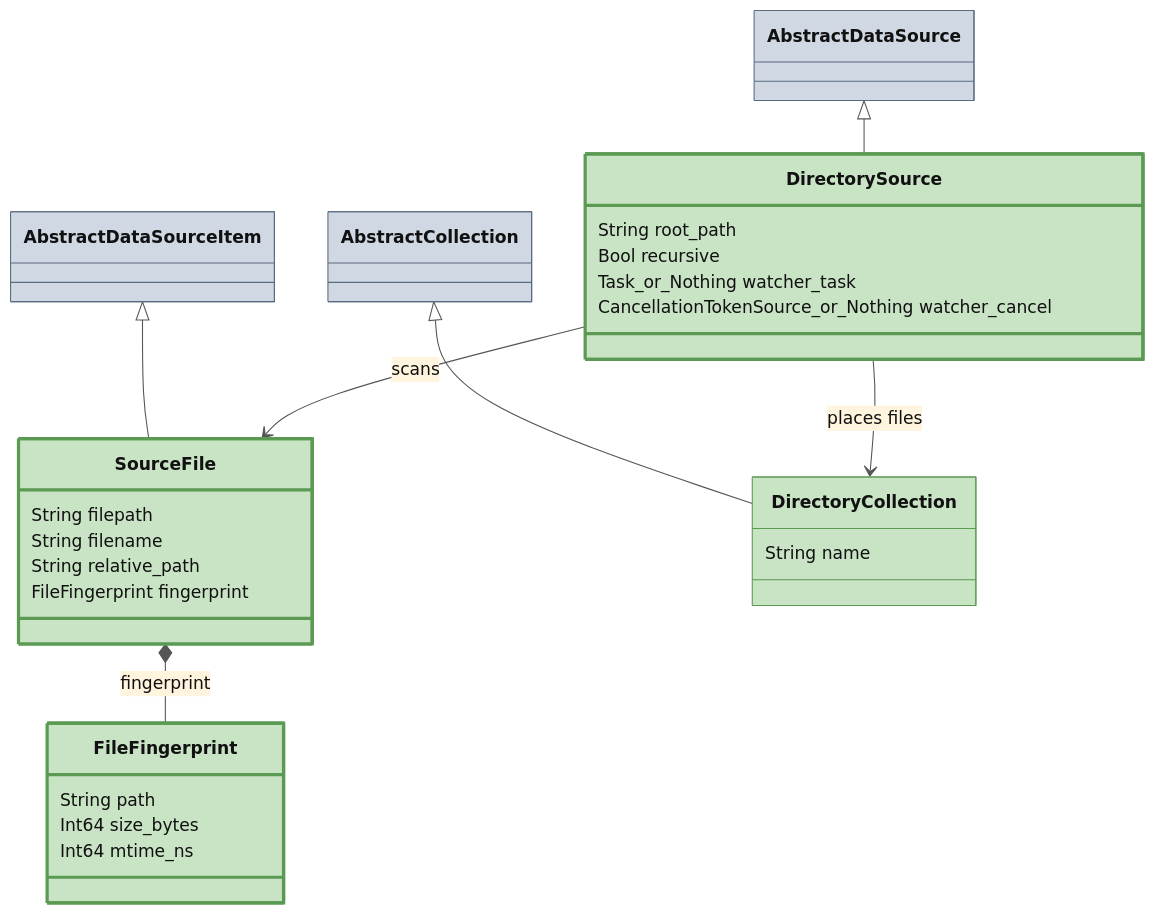
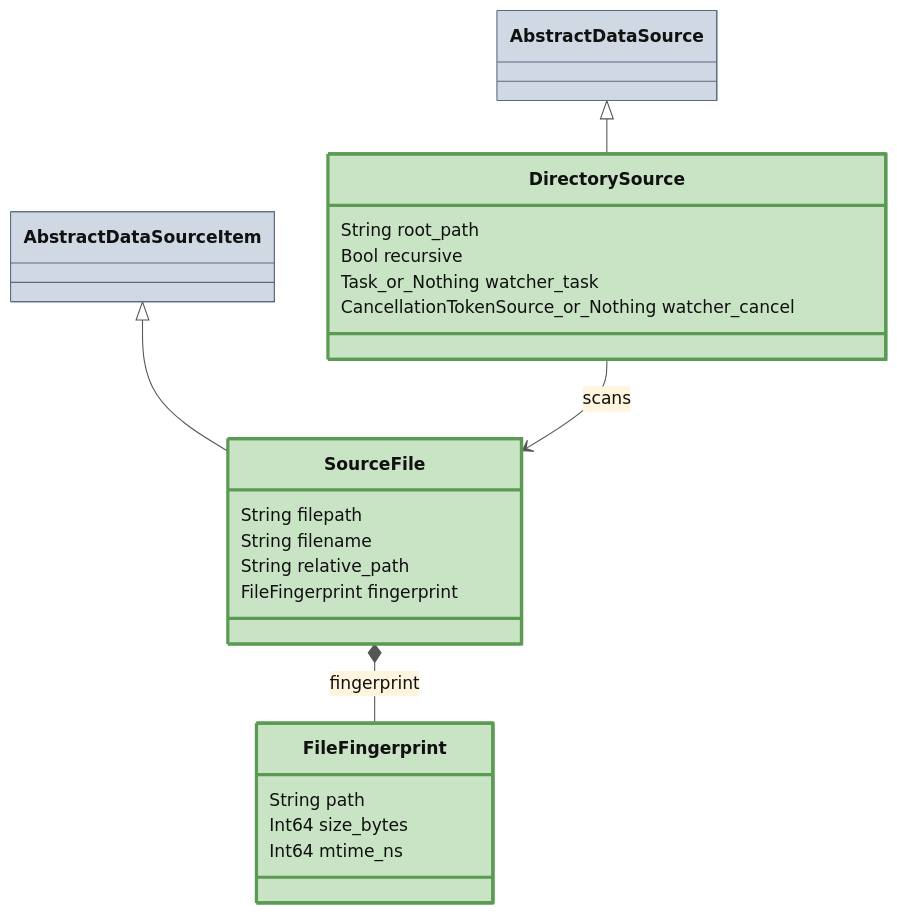
Before and after one commit to digiefel/DataBrowser: the fourth of 5 diagrams in docs/ARCHITECTURE.md, drawn with Mermaid. The commit also changed other lines of this file and 62 other files, not shown here.

````diff
--- a/docs/ARCHITECTURE.md
+++ b/docs/ARCHITECTURE.md
@@ -276,44 +258,36 @@
 ```mermaid
 %%{init: {'theme':'base','themeVariables':{'textColor':'#111','lineColor':'#555'}}}%%
 classDiagram
     direction TB
     class AbstractDataSource
     class AbstractDataSourceItem
-    class AbstractCollection
 
     class DirectorySource {
         String root_path
         Bool recursive
         Task_or_Nothing watcher_task
         CancellationTokenSource_or_Nothing watcher_cancel
     }
     class SourceFile {
         String filepath
         String filename
         String relative_path
         FileFingerprint fingerprint
     }
     class FileFingerprint {
         String path
         Int64 size_bytes
         Int64 mtime_ns
     }
-    class DirectoryCollection {
-        String name
-    }
 
     AbstractDataSource <|-- DirectorySource
     AbstractDataSourceItem <|-- SourceFile
-    AbstractCollection <|-- DirectoryCollection
     DirectorySource --> SourceFile : scans
-    DirectorySource --> DirectoryCollection : places files
     SourceFile *-- FileFingerprint : fingerprint
 
     style AbstractDataSource fill:#cfd8e3,stroke:#5a6b80,stroke-width:1px,color:#111
     style AbstractDataSourceItem fill:#cfd8e3,stroke:#5a6b80,stroke-width:1px,color:#111
-    style AbstractCollection fill:#cfd8e3,stroke:#5a6b80,stroke-width:1px,color:#111
     style DirectorySource fill:#c9e4c5,stroke:#5a9a52,stroke-width:3px,color:#111
     style SourceFile fill:#c9e4c5,stroke:#5a9a52,stroke-width:3px,color:#111
     style FileFingerprint fill:#c9e4c5,stroke:#5a9a52,stroke-width:3px,color:#111
-    style DirectoryCollection fill:#c9e4c5,stroke:#5a9a52,stroke-width:1px,color:#111
 ```
````
